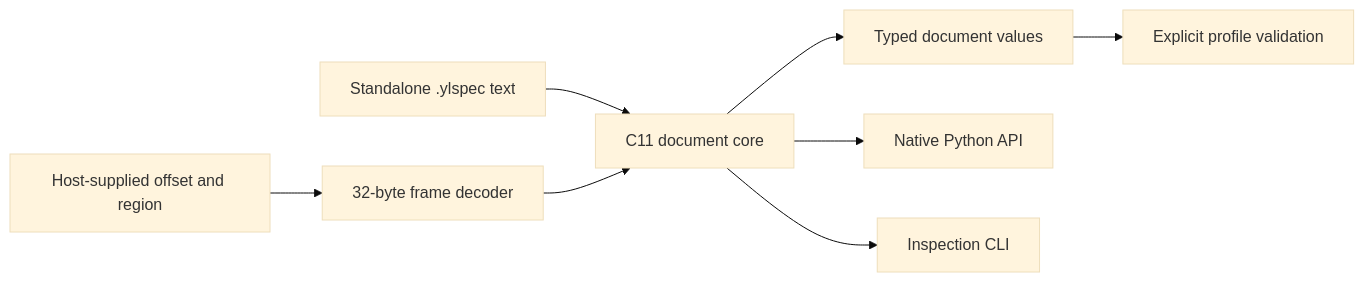
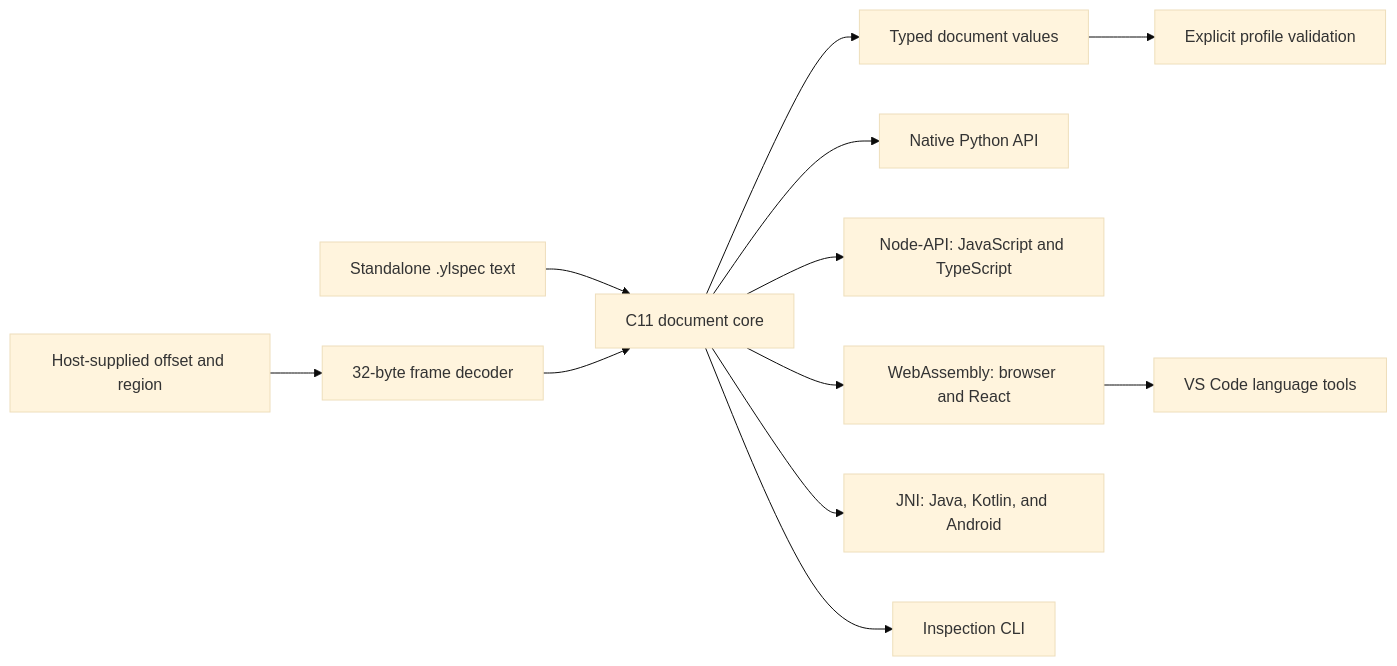
Before and after one commit to YoungLionOrganization/YLSpec: the diagram in README.md, drawn with Mermaid (base theme). The commit also changed other lines of this file and 12 other files, not shown here.

Commit message:
docs(release): document language adapters, VS Code, registry ownership, and publishing credentials

````diff
--- a/README.md
+++ b/README.md
@@ -45,10 +53,14 @@
 ```mermaid
 flowchart LR
     Text["Standalone .ylspec text"] --> Core["C11 document core"]
     Host["Host-supplied offset and region"] --> Frame["32-byte frame decoder"]
     Frame --> Core
     Core --> Values["Typed document values"]
     Values --> Profile["Explicit profile validation"]
     Core --> Python["Native Python API"]
+    Core --> Node["Node-API: JavaScript and TypeScript"]
+    Core --> WASM["WebAssembly: browser and React"]
+    Core --> JNI["JNI: Java, Kotlin, and Android"]
+    WASM --> Editor["VS Code language tools"]
     Core --> CLI["Inspection CLI"]
 ```
````
